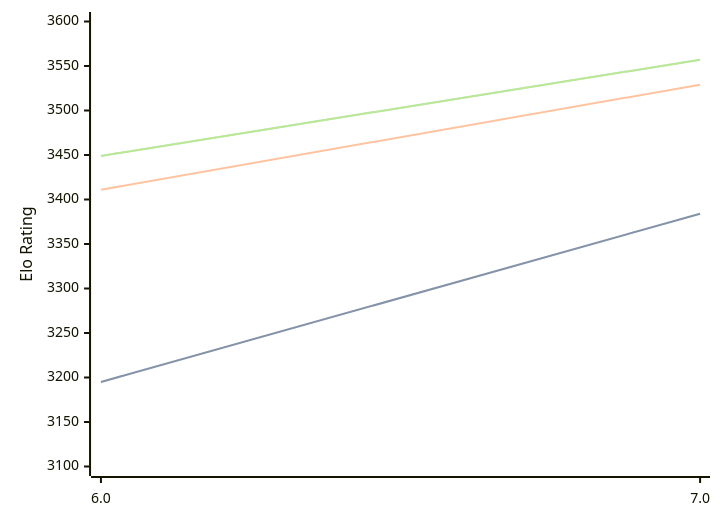
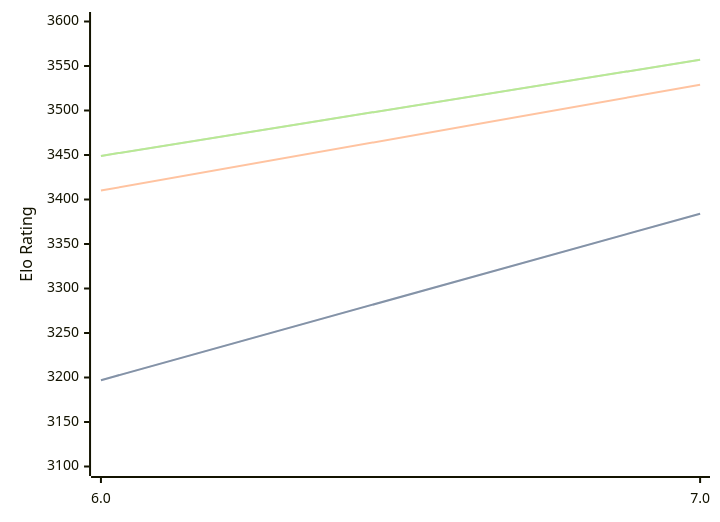
The diagram in engines/Devre.md (computer-chess-index/cci), drawn with Mermaid before and after one commit. The commit also changed other lines of this file, not shown here.

````diff
--- a/engines/Devre.md
+++ b/engines/Devre.md
@@ -32,11 +32,11 @@
 ```mermaid
 %%{init: {"theme":"base","themeVariables":{"seriesColors:['#a3a3a3','#222221','#faa371']}}}%%
 xychart-beta
   x-axis ["6.0", "7.0"]
   y-axis "Elo Rating" 3100 --> 3600
-  line "" [3195, 3384]
-  line "STC (8.0+0.08s)" [3195, 3384]
-  line "LTC (60.0+0.60s)" [3411, 3529]
+  line "" [3197, 3384]
+  line "STC (8.0+0.08s)" [3197, 3384]
+  line "LTC (60.0+0.60s)" [3410, 3529]
   line "" [3449, 3557]
   line "VLTC (2m24s+1.12s)" [3449, 3557]
 ```
````
